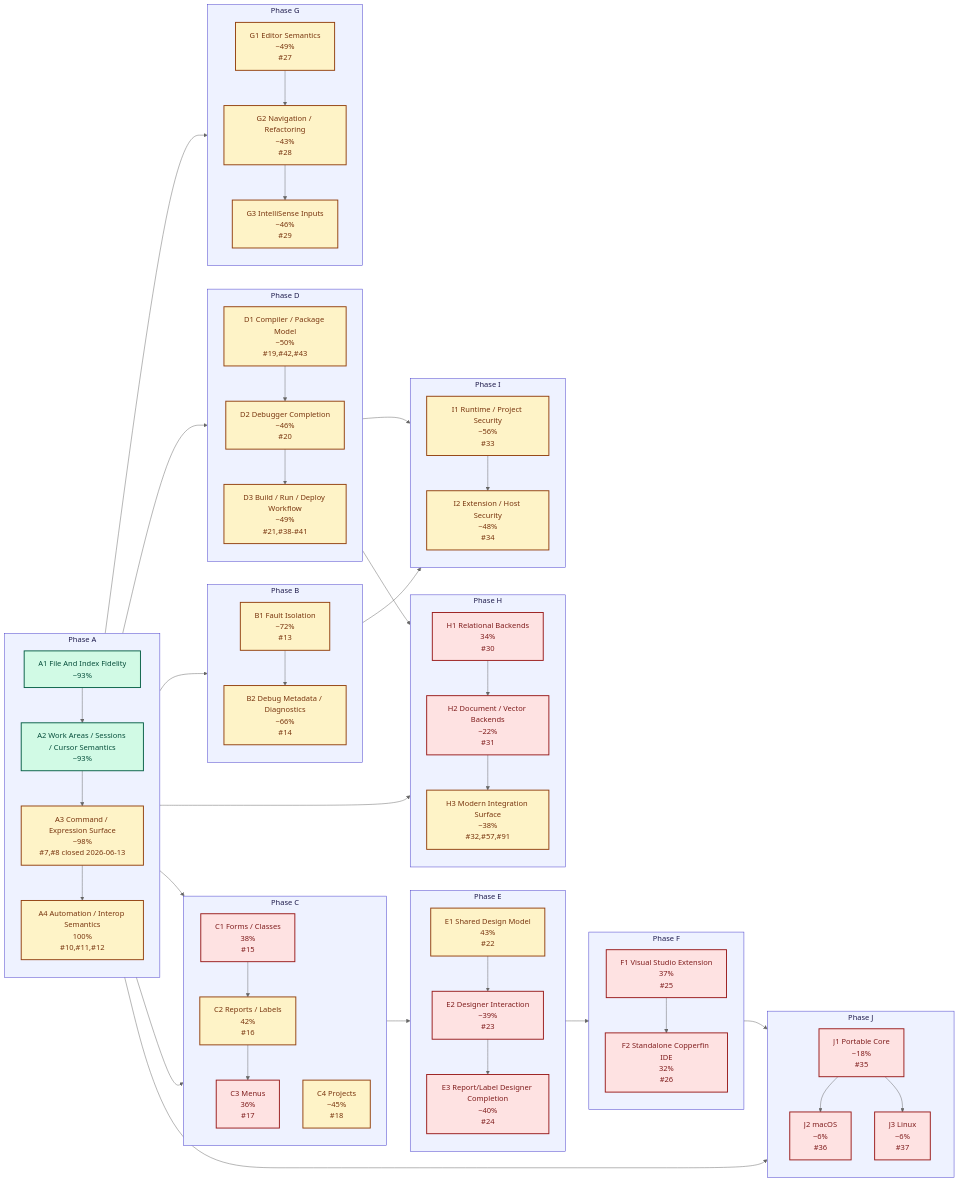
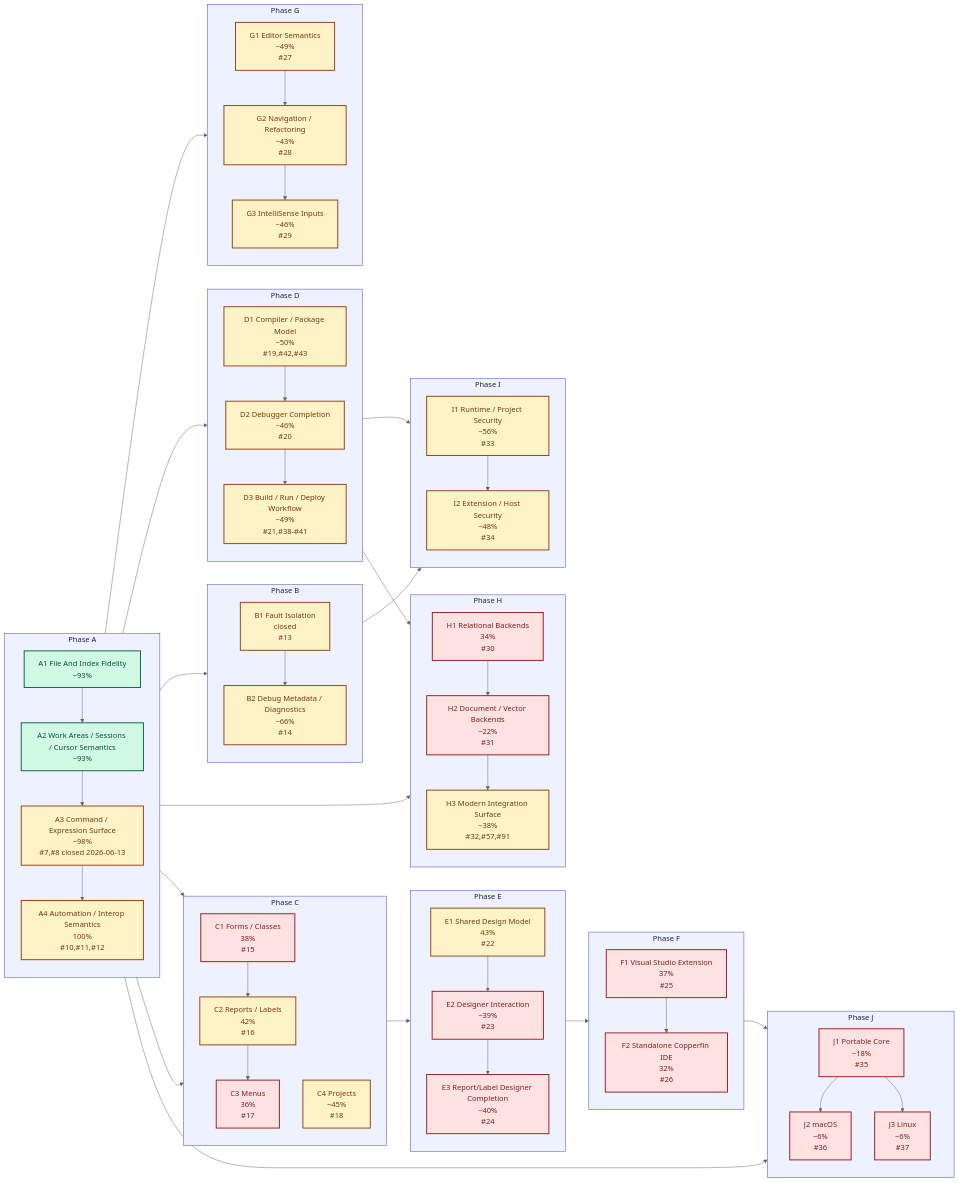
The second of 2 diagrams in remaining-work.md (rhamenator/Project-Copperfin), drawn with Mermaid (neutral theme) before and after one commit. The commit also changed other lines of this file, not shown here.

```diff
--- a/remaining-work.md
+++ b/remaining-work.md
@@ -349,7 +350,7 @@
 
     subgraph SB[Phase B]
         direction TB
-        SB1["B1 Fault Isolation<br/>~72%<br/>#13"]
+        SB1["B1 Fault Isolation<br/>closed<br/>#13"]
         SB2["B2 Debug Metadata / Diagnostics<br/>~66%<br/>#14"]
     end
 
```
